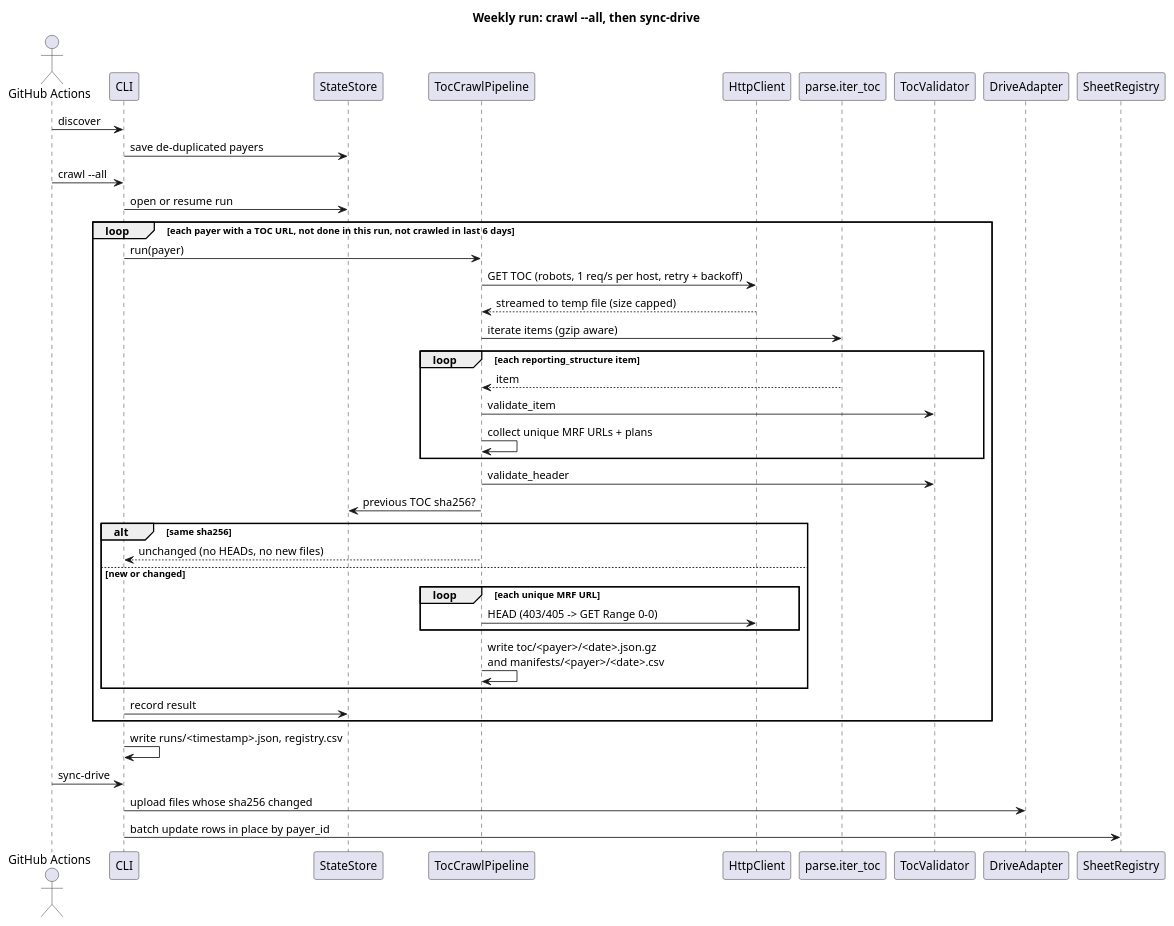
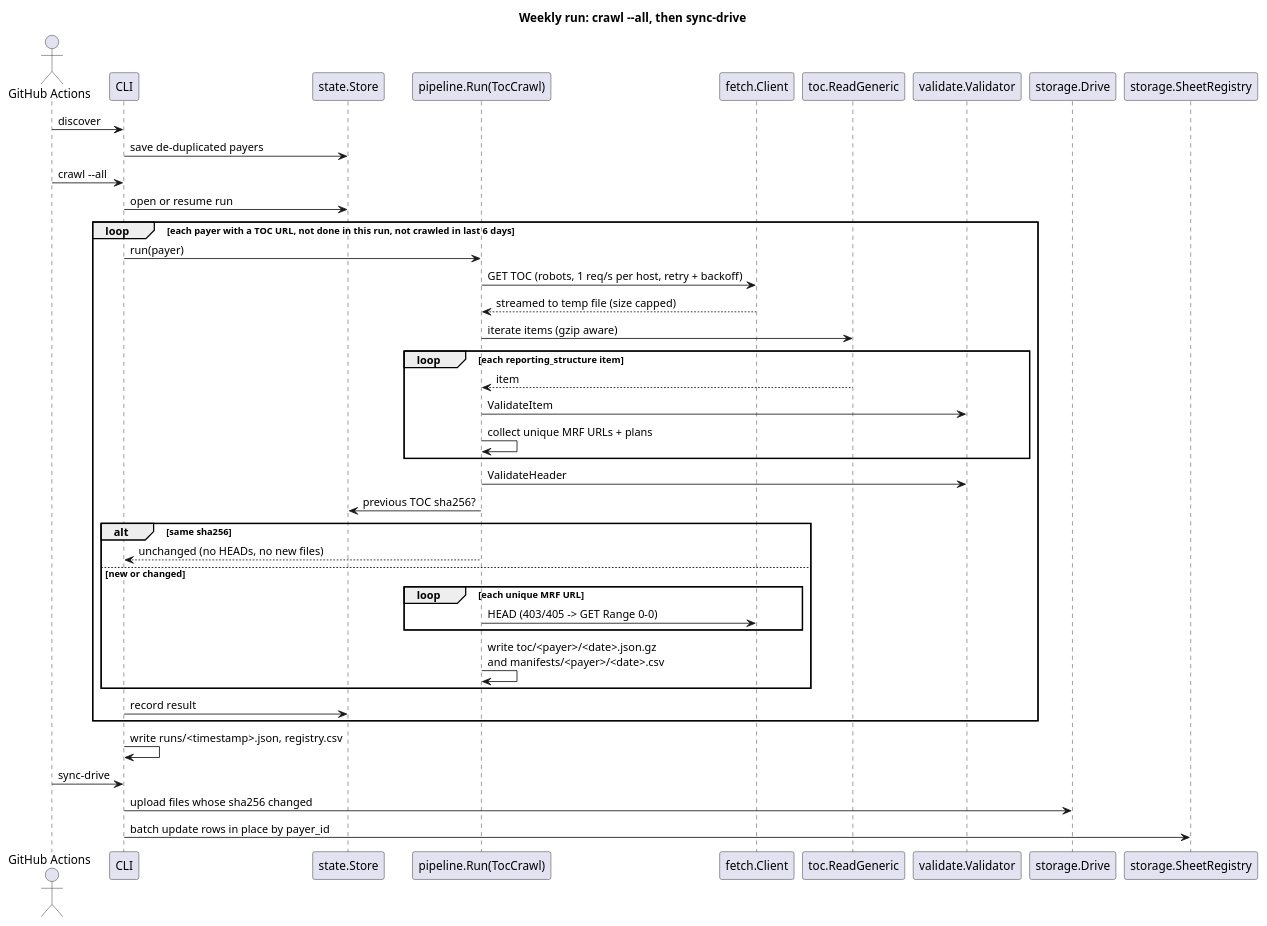
The diagram in docs/sequence.puml (TheChrisOneil/tic-crawler), drawn with PlantUML before and after one commit. The commit also changed 48 other files, not shown here.

```diff
--- a/docs/sequence.puml
+++ b/docs/sequence.puml
@@ -1,43 +1,43 @@
 @startuml sequence
 title Weekly run: crawl --all, then sync-drive
 actor "GitHub Actions" as GHA
 participant CLI
-participant StateStore as DB
-participant TocCrawlPipeline as P
-participant HttpClient as H
-participant "parse.iter_toc" as S
-participant TocValidator as V
-participant DriveAdapter as D
-participant SheetRegistry as SH
+participant "state.Store" as DB
+participant "pipeline.Run(TocCrawl)" as P
+participant "fetch.Client" as H
+participant "toc.ReadGeneric" as S
+participant "validate.Validator" as V
+participant "storage.Drive" as D
+participant "storage.SheetRegistry" as SH
 
 GHA -> CLI : discover
 CLI -> DB : save de-duplicated payers
 GHA -> CLI : crawl --all
 CLI -> DB : open or resume run
 loop each payer with a TOC URL, not done in this run, not crawled in last 6 days
   CLI -> P : run(payer)
   P -> H : GET TOC (robots, 1 req/s per host, retry + backoff)
   H --> P : streamed to temp file (size capped)
   P -> S : iterate items (gzip aware)
   loop each reporting_structure item
     S --> P : item
-    P -> V : validate_item
+    P -> V : ValidateItem
     P -> P : collect unique MRF URLs + plans
   end
-  P -> V : validate_header
+  P -> V : ValidateHeader
   P -> DB : previous TOC sha256?
   alt same sha256
     P --> CLI : unchanged (no HEADs, no new files)
   else new or changed
     loop each unique MRF URL
       P -> H : HEAD (403/405 -> GET Range 0-0)
     end
     P -> P : write toc/<payer>/<date>.json.gz\nand manifests/<payer>/<date>.csv
   end
   CLI -> DB : record result
 end
 CLI -> CLI : write runs/<timestamp>.json, registry.csv
 GHA -> CLI : sync-drive
 CLI -> D : upload files whose sha256 changed
 CLI -> SH : batch update rows in place by payer_id
 @enduml
```
